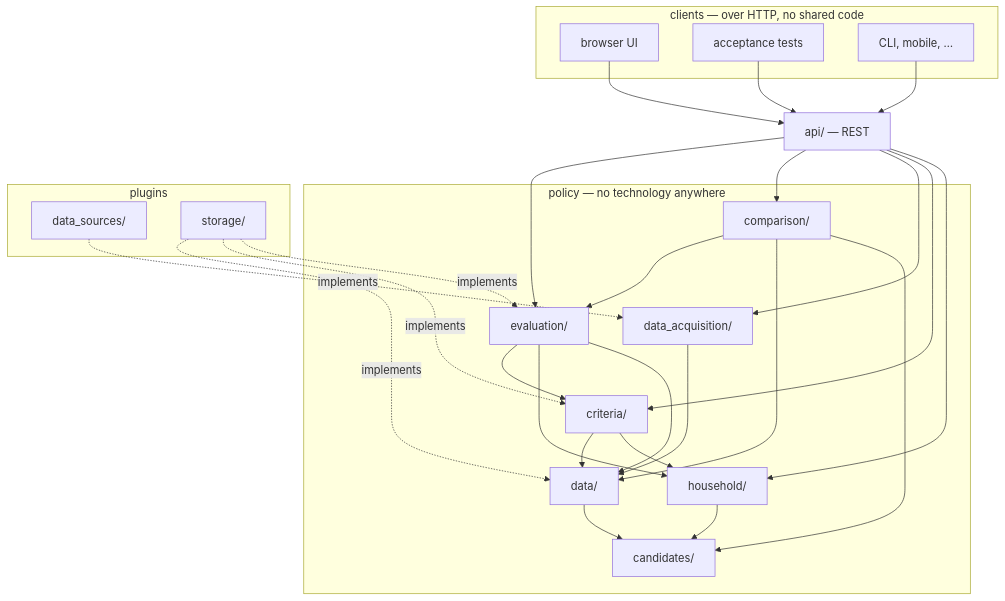
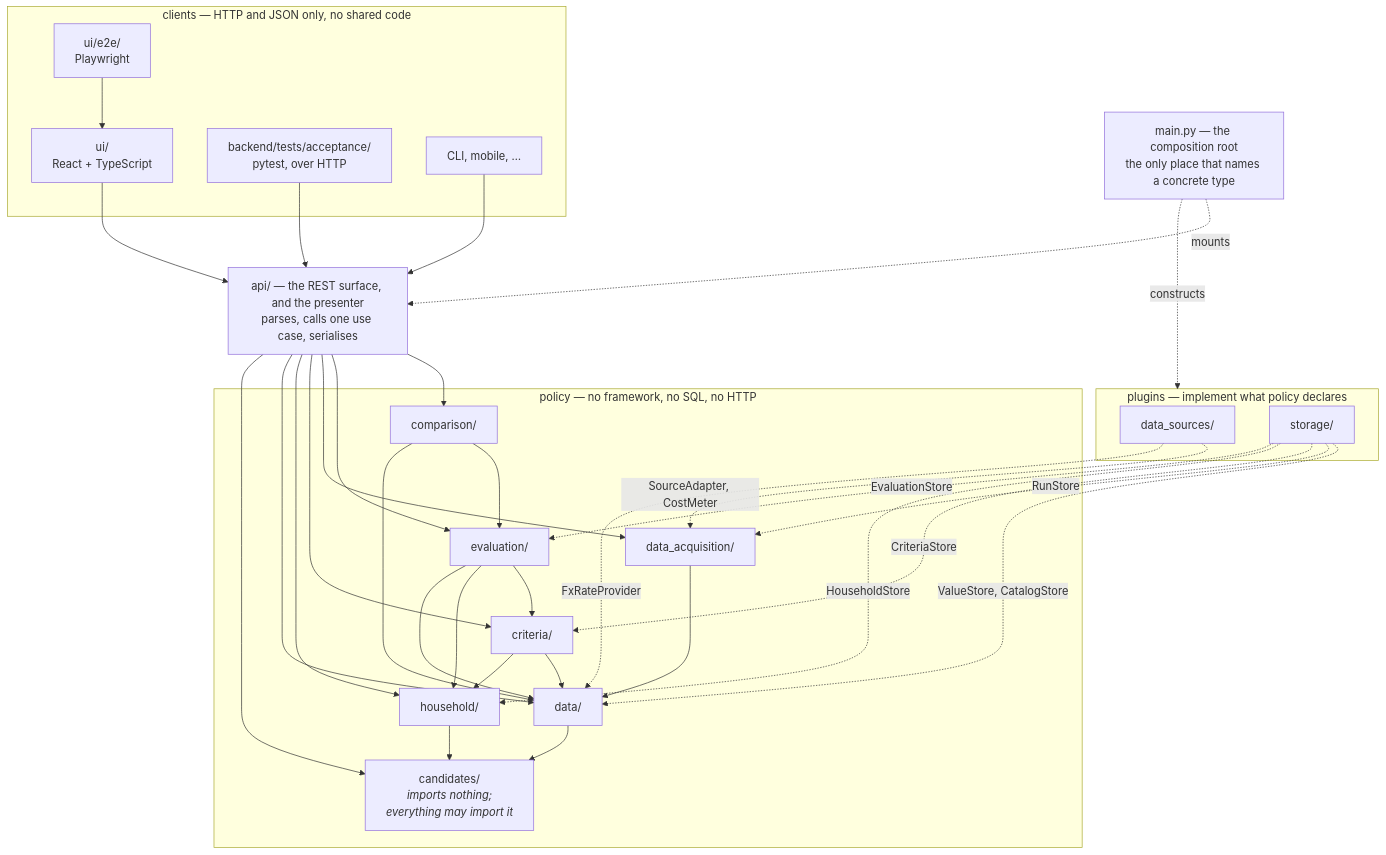
Before and after one commit to alexmstancu/starnest: the diagram in docs/arch.md, drawn with Mermaid. The commit also changed other lines of this file, not shown here.

First paragraph of the commit message:
arch: rebuild the 6.1 diagram, and close a gap it exposed
Redrawing the module diagram against the current design surfaced three things
that were wrong rather than merely dated.

````diff
--- a/docs/arch.md
+++ b/docs/arch.md
@@ -562,52 +562,63 @@
 ```mermaid
 flowchart TD
-    subgraph clients["clients — over HTTP, no shared code"]
-        ui["browser UI"]
-        tests["acceptance tests"]
+    subgraph clients["clients — HTTP and JSON only, no shared code"]
+        browser["ui/<br/>React + TypeScript"]
+        acceptance["backend/tests/acceptance/<br/>pytest, over HTTP"]
+        e2e["ui/e2e/<br/>Playwright"]
         future["CLI, mobile, …"]
     end
 
-    api["api/ — REST"]
+    api["api/ — the REST surface, and the presenter<br/>parses, calls one use case, serialises"]
 
-    subgraph policy["policy — no technology anywhere"]
+    subgraph policy["policy — no framework, no SQL, no HTTP"]
         comparison["comparison/"]
         evaluation["evaluation/"]
         data_acquisition["data_acquisition/"]
         criteria["criteria/"]
         household["household/"]
         data["data/"]
-        candidates["candidates/"]
+        candidates["candidates/<br/><i>imports nothing;<br/>everything may import it</i>"]
     end
 
-    subgraph plugins["plugins"]
+    subgraph plugins["plugins — implement what policy declares"]
         data_sources["data_sources/"]
         storage["storage/"]
     end
 
-    ui --> api
-    tests --> api
+    main["main.py — the composition root<br/>the only place that names a concrete type"]
+
+    browser --> api
+    acceptance --> api
+    e2e --> browser
     future --> api
 
+    api --> comparison
     api --> evaluation
-    api --> comparison
     api --> data_acquisition
     api --> criteria
     api --> household
+    api --> data
+    api --> candidates
 
     comparison --> evaluation
     comparison --> data
     evaluation --> criteria
     evaluation --> household
     evaluation --> data
     data_acquisition --> data
     criteria --> data
     criteria --> household
     data --> candidates
     household --> candidates
-    comparison --> candidates
 
-    data_sources -.implements.-> data_acquisition
-    storage -.implements.-> data
-    storage -.implements.-> criteria
-    storage -.implements.-> evaluation
+    data_sources -. "SourceAdapter, CostMeter" .-> data_acquisition
+    data_sources -. FxRateProvider .-> data
+    storage -. "ValueStore, CatalogStore" .-> data
+    storage -. RunStore .-> data_acquisition
+    storage -. CriteriaStore .-> criteria
+    storage -. HouseholdStore .-> household
+    storage -. EvaluationStore .-> evaluation
+
+    main -. constructs .-> plugins
+    main -. mounts .-> api
 ```
````
